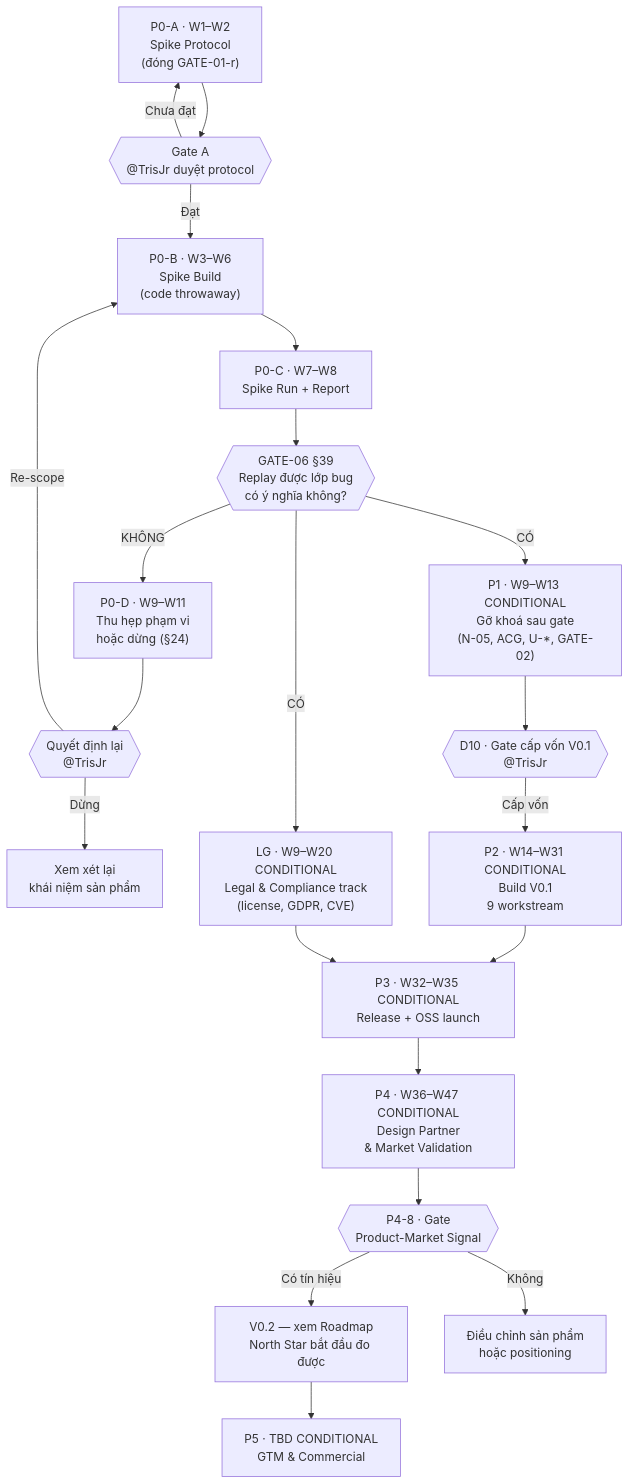
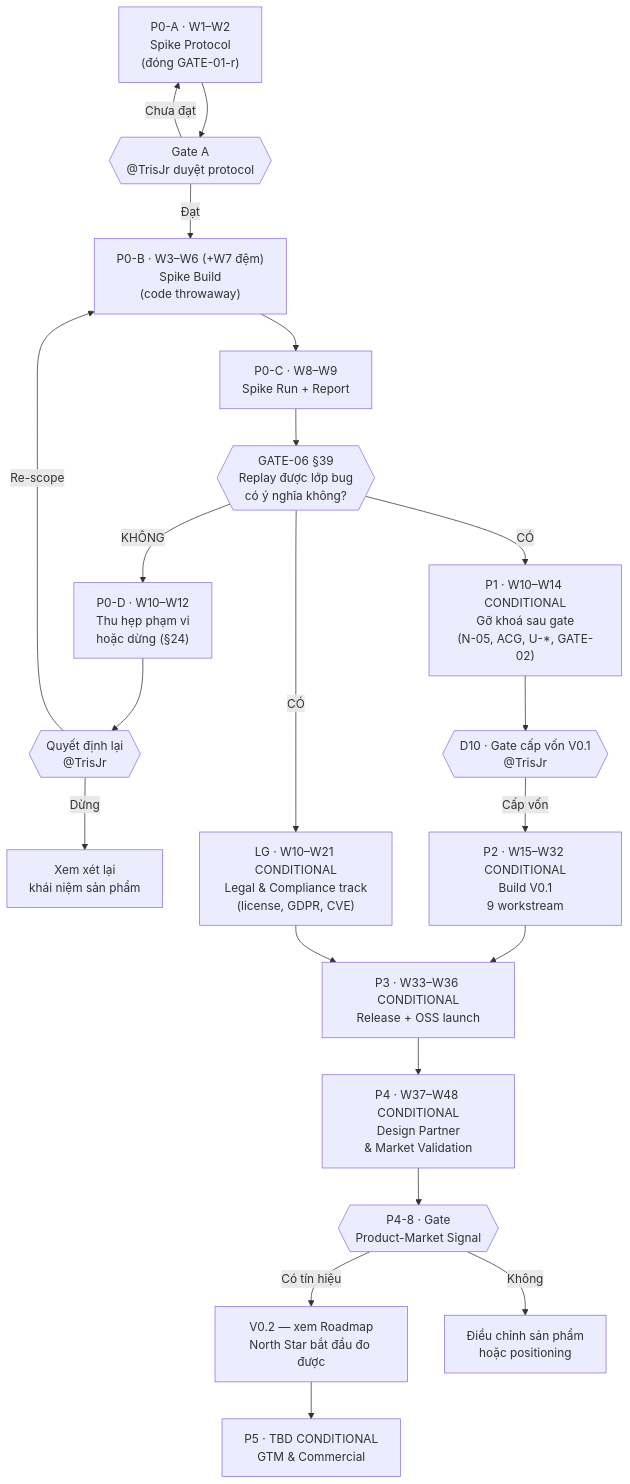
Before and after one commit to trisjr/bug-reproduce: the diagram in docs/010-Planning/Estimates/Timeline-Repro.md, drawn with Mermaid. The commit also changed other lines of this file and 5 other files, not shown here.

Commit message:
docs(planning): approve timeline, register TL-* risks and kick off P0-A

````diff
--- a/docs/010-Planning/Estimates/Timeline-Repro.md
+++ b/docs/010-Planning/Estimates/Timeline-Repro.md
@@ -101,23 +102,23 @@
 ```mermaid
 graph TD
     A["P0-A · W1–W2<br/>Spike Protocol<br/>(đóng GATE-01-r)"] --> GA{{"Gate A<br/>@TrisJr duyệt protocol"}}
-    GA -->|Đạt| B["P0-B · W3–W6<br/>Spike Build<br/>(code throwaway)"]
+    GA -->|Đạt| B["P0-B · W3–W6 (+W7 đệm)<br/>Spike Build<br/>(code throwaway)"]
     GA -->|Chưa đạt| A
-    B --> C["P0-C · W7–W8<br/>Spike Run + Report"]
+    B --> C["P0-C · W8–W9<br/>Spike Run + Report"]
     C --> G39{{"GATE-06 §39<br/>Replay được lớp bug<br/>có ý nghĩa không?"}}
-    G39 -->|"KHÔNG"| NO["P0-D · W9–W11<br/>Thu hẹp phạm vi<br/>hoặc dừng (§24)"]
+    G39 -->|"KHÔNG"| NO["P0-D · W10–W12<br/>Thu hẹp phạm vi<br/>hoặc dừng (§24)"]
     NO --> G39b{{"Quyết định lại<br/>@TrisJr"}}
     G39b -->|Re-scope| B
     G39b -->|Dừng| STOP["Xem xét lại<br/>khái niệm sản phẩm"]
-    G39 -->|"CÓ"| D["P1 · W9–W13 CONDITIONAL<br/>Gỡ khoá sau gate<br/>(N-05, ACG, U-*, GATE-02)"]
-    G39 -->|"CÓ"| LG["LG · W9–W20 CONDITIONAL<br/>Legal &amp; Compliance track<br/>(license, GDPR, CVE)"]
+    G39 -->|"CÓ"| D["P1 · W10–W14 CONDITIONAL<br/>Gỡ khoá sau gate<br/>(N-05, ACG, U-*, GATE-02)"]
+    G39 -->|"CÓ"| LG["LG · W10–W21 CONDITIONAL<br/>Legal &amp; Compliance track<br/>(license, GDPR, CVE)"]
     D --> GF{{"D10 · Gate cấp vốn V0.1<br/>@TrisJr"}}
-    GF -->|Cấp vốn| E["P2 · W14–W31 CONDITIONAL<br/>Build V0.1<br/>9 workstream"]
-    E --> F["P3 · W32–W35 CONDITIONAL<br/>Release + OSS launch"]
+    GF -->|Cấp vốn| E["P2 · W15–W32 CONDITIONAL<br/>Build V0.1<br/>9 workstream"]
+    E --> F["P3 · W33–W36 CONDITIONAL<br/>Release + OSS launch"]
     LG --> F
-    F --> P4["P4 · W36–W47 CONDITIONAL<br/>Design Partner<br/>&amp; Market Validation"]
+    F --> P4["P4 · W37–W48 CONDITIONAL<br/>Design Partner<br/>&amp; Market Validation"]
     P4 --> GPM{{"P4-8 · Gate<br/>Product-Market Signal"}}
     GPM -->|Có tín hiệu| V2["V0.2 — xem Roadmap<br/>North Star bắt đầu đo được"]
     GPM -->|Không| PIVOT["Điều chỉnh sản phẩm<br/>hoặc positioning"]
     V2 --> P5["P5 · TBD CONDITIONAL<br/>GTM &amp; Commercial"]
 ```
````
